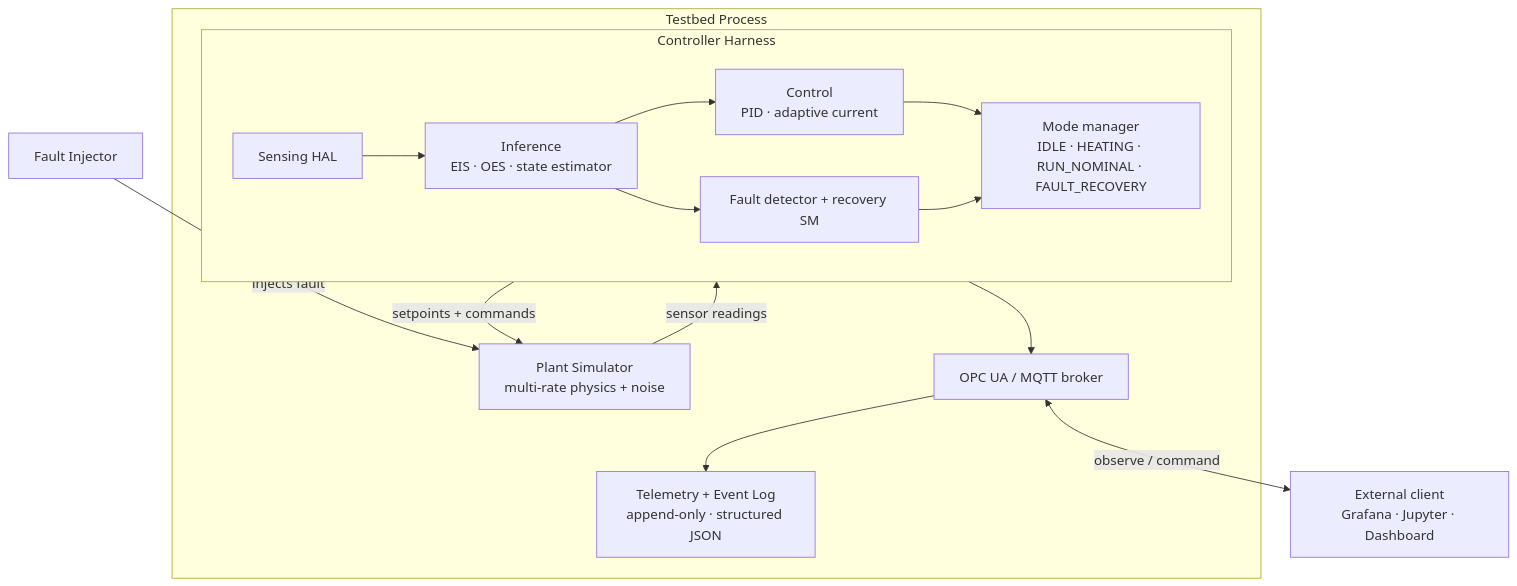
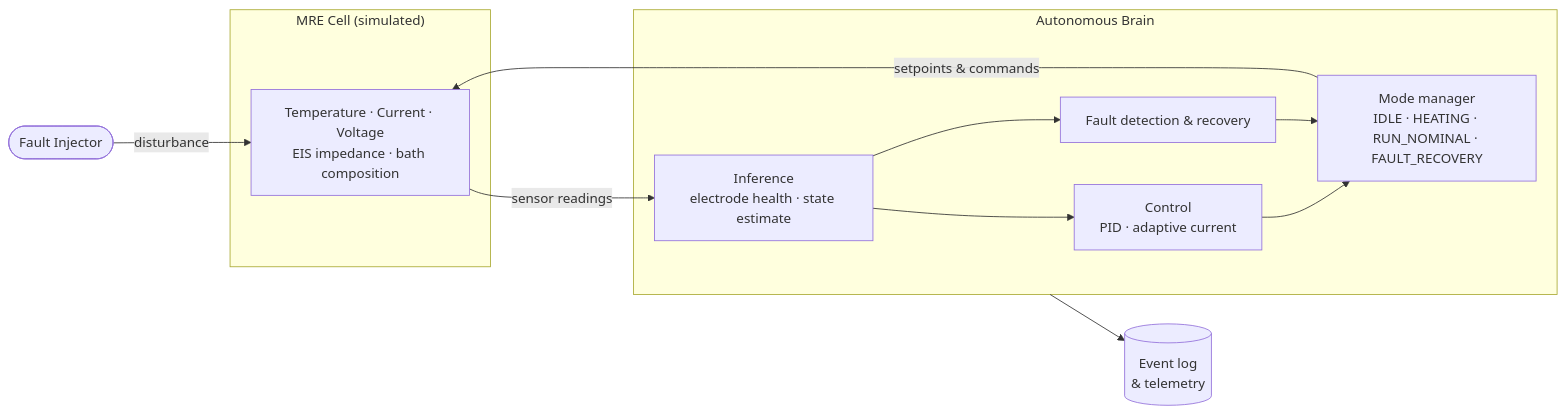
One commit to Tocki28/MRE-controller-testbed changed the diagram in README.md. Above: the diagram before and after it, drawn with Mermaid.

Commit message:
Simplify architecture diagram - clear cell/brain feedback loop

````diff
--- a/README.md
+++ b/README.md
@@ -40,27 +40,22 @@
 ```mermaid
-flowchart TD
-    FI[Fault Injector] -->|injects fault| PS
+flowchart LR
+    FI([Fault Injector])
 
-    subgraph Testbed["Testbed Process"]
-        PS[Plant Simulator\nmulti-rate physics + noise]
-        PS -->|sensor readings| CH
-
-        subgraph CH["Controller Harness"]
-            HAL[Sensing HAL]
-            INF[Inference\nEIS · OES · state estimator]
-            CTL[Control\nPID · adaptive current]
-            FSM[Fault detector + recovery SM]
-            MM[Mode manager\nIDLE · HEATING · RUN_NOMINAL · FAULT_RECOVERY]
-            HAL --> INF --> CTL --> MM
-            INF --> FSM --> MM
-        end
-
-        CH -->|setpoints + commands| PS
-        CH --> BRK
-
-        BRK[OPC UA / MQTT broker]
-        BRK --> LOG[Telemetry + Event Log\nappend-only · structured JSON]
+    subgraph CELL["MRE Cell (simulated)"]
+        PLANT["Temperature · Current · Voltage\nEIS impedance · bath composition"]
     end
 
-    BRK <-->|observe / command| EXT[External client\nGrafana · Jupyter · Dashboard]
+    subgraph BRAIN["Autonomous Brain"]
+        INF["Inference\nelectrode health · state estimate"]
+        CTL["Control\nPID · adaptive current"]
+        FSM["Fault detection & recovery"]
+        MM["Mode manager\nIDLE · HEATING · RUN_NOMINAL · FAULT_RECOVERY"]
+        INF --> CTL --> MM
+        INF --> FSM --> MM
+    end
+
+    FI -->|disturbance| PLANT
+    PLANT -->|sensor readings| INF
+    MM -->|setpoints & commands| PLANT
+    BRAIN --> LOG[("Event log\n& telemetry")]
 ```
````
